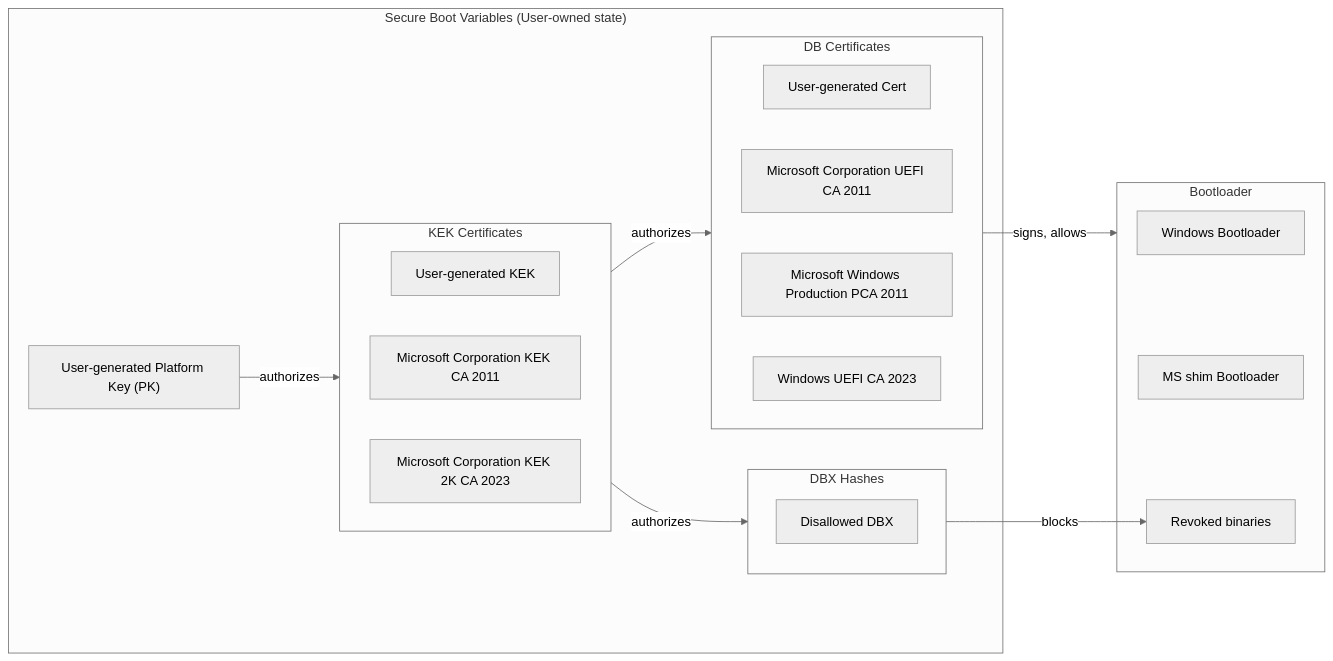
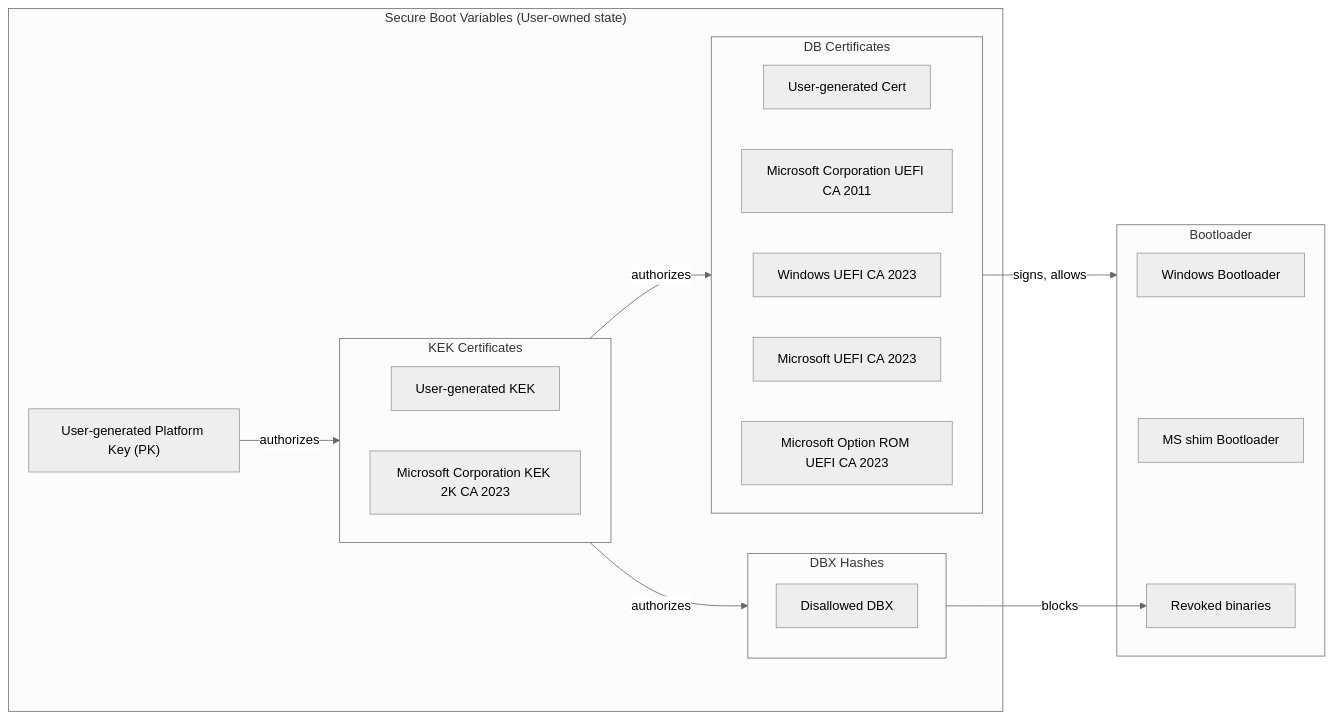
One commit to mcfbytes/sb-enema changed the third of 3 diagrams in README.md. Above: the diagram before and after it, drawn with Mermaid (neutral theme). The commit also changed 2 other files, not shown here.

Commit message:
feat: update Custom-Owned cert set — remove legacy KEK CA 2011 / Win PCA 2011, add UEFI CA 2023 + Option ROM UEFI CA 2023
Agent-Logs-Url: https://github.com/mcfbytes/sb-enema/sessions/a867bdb5-4ef2-4ebe-8976-7af4e7648ee1

````diff
--- a/README.md
+++ b/README.md
@@ -130,40 +130,40 @@
 ```mermaid
 flowchart LR
    subgraph SB["Secure Boot Variables (User-owned state)"]
       PK["User-generated Platform Key (PK)"]
 
       subgraph KEK["KEK Certificates"]
          direction RL
 
          KEK1[User-generated KEK]
-         KEK2[Microsoft Corporation KEK CA 2011]
          KEK3[Microsoft Corporation KEK 2K CA 2023]
       end
 
       subgraph DB["DB Certificates"]
          direction RL
 
          DB1[User-generated Cert]
          DB2[Microsoft Corporation UEFI CA 2011]
-         DB3[Microsoft Windows Production PCA 2011]
          DB4[Windows UEFI CA 2023]
+         DB5[Microsoft UEFI CA 2023]
+         DB6[Microsoft Option ROM UEFI CA 2023]
       end
 
       subgraph DBX["DBX Hashes"]
          DBX1[Disallowed DBX]
       end
    end
 
    PK -->|authorizes| KEK
    KEK -->|authorizes| DB
    KEK -->|authorizes| DBX
 
    subgraph BL[Bootloader]
       OS[Windows Bootloader]
       SHIM[MS shim Bootloader]
       BAD[Revoked binaries]
    end
 
    DB -->|signs, allows| BL
    DBX -->|blocks| BAD
 ```
````
